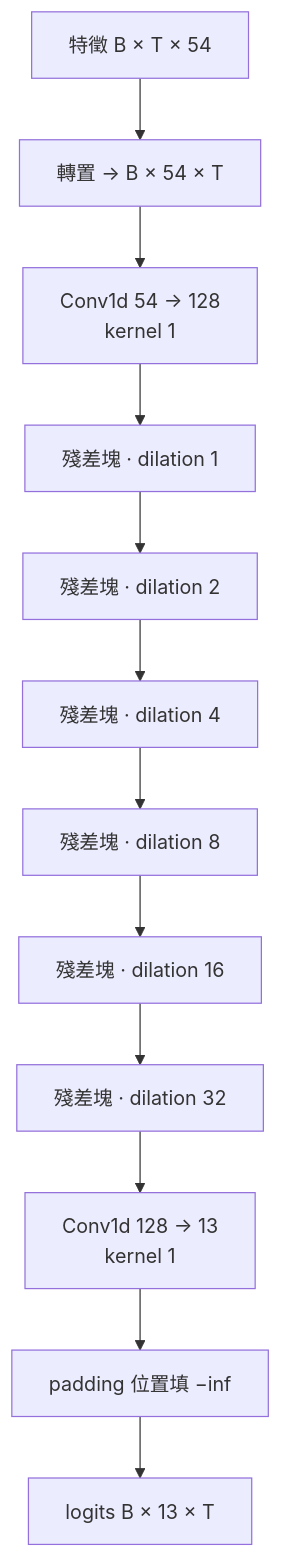
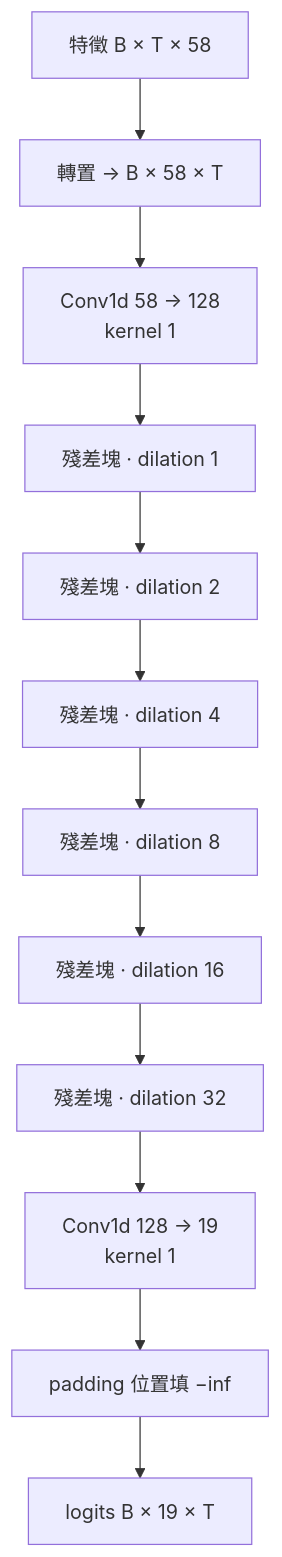
The second of 3 diagrams in README.md (Air847735/KineticChain_Experiment), drawn with Mermaid before and after one commit. The commit also changed other lines of this file and 13 other files, not shown here.

````diff
--- a/README.md
+++ b/README.md
@@ -61,14 +61,14 @@
 ```mermaid
 flowchart TB
-    IN["特徵 B × T × 54"] --> TP["轉置 → B × 54 × T"]
-    TP --> PROJ["Conv1d 54 → 128<br/>kernel 1"]
+    IN["特徵 B × T × 58"] --> TP["轉置 → B × 58 × T"]
+    TP --> PROJ["Conv1d 58 → 128<br/>kernel 1"]
     PROJ --> B0["殘差塊 · dilation 1"]
     B0 --> B1["殘差塊 · dilation 2"]
     B1 --> B2["殘差塊 · dilation 4"]
     B2 --> B3["殘差塊 · dilation 8"]
     B3 --> B4["殘差塊 · dilation 16"]
     B4 --> B5["殘差塊 · dilation 32"]
-    B5 --> HEAD["Conv1d 128 → 13<br/>kernel 1"]
+    B5 --> HEAD["Conv1d 128 → 19<br/>kernel 1"]
     HEAD --> MASK["padding 位置填 −inf"]
-    MASK --> OUT["logits B × 13 × T"]
+    MASK --> OUT["logits B × 19 × T"]
 ```
````
